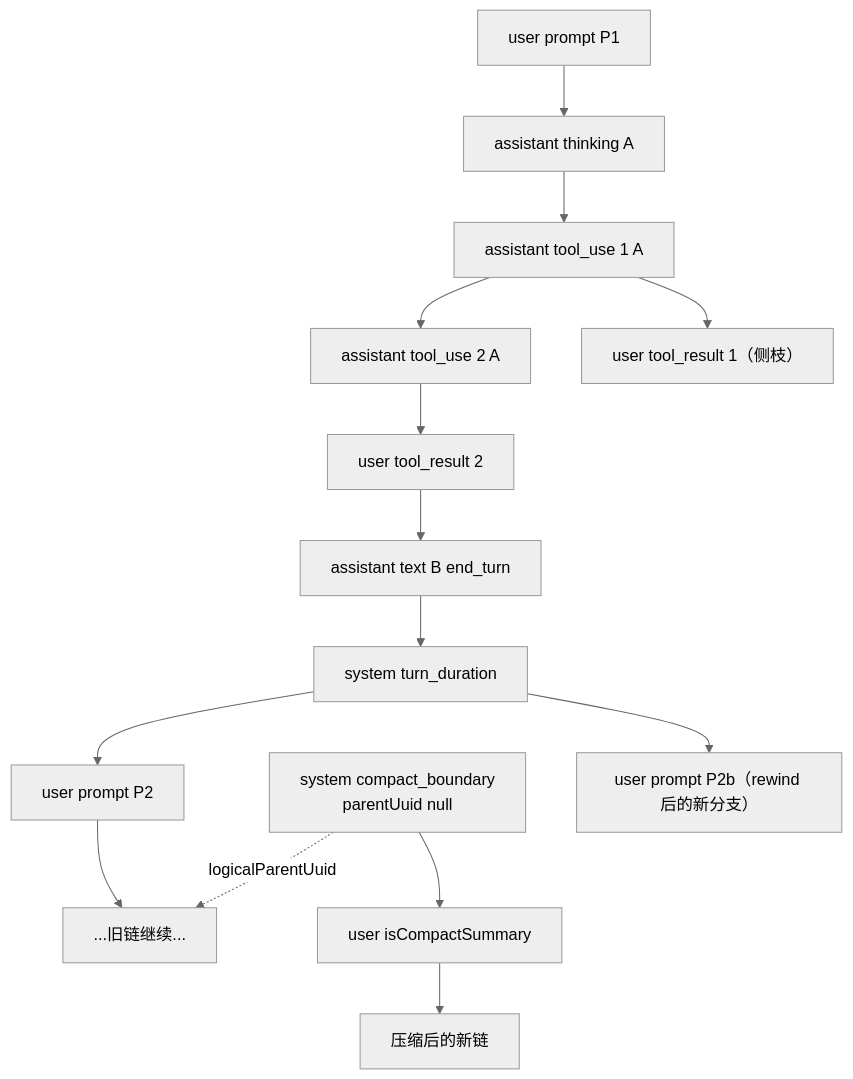
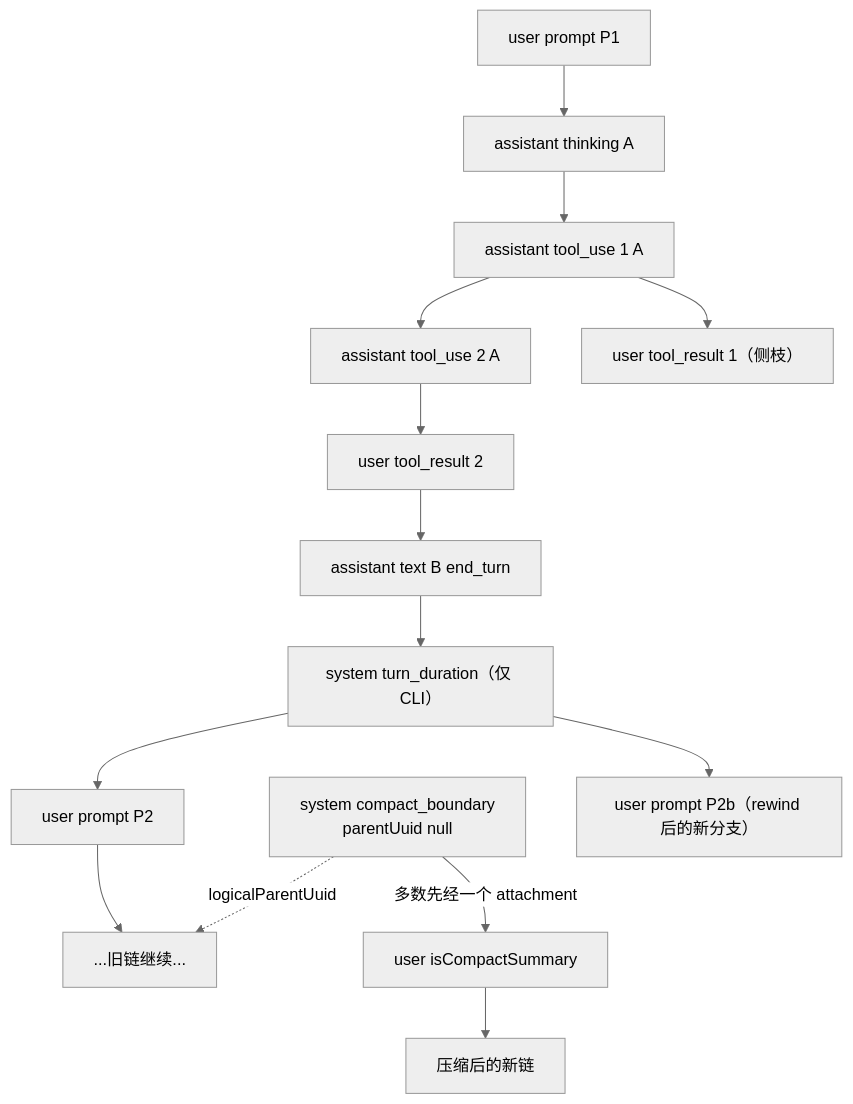
Before and after one commit to Orbit-Labs-AI/Orbit-Zhiyin: the fourth of 4 diagrams in docs/research/agent-sessions/claude-code.md, drawn with Mermaid (neutral theme). The commit also changed other lines of this file, not shown here.

````diff
--- a/docs/research/agent-sessions/claude-code.md
+++ b/docs/research/agent-sessions/claude-code.md
@@ -532,16 +532,16 @@
 ```mermaid
 flowchart TD
     U1["user prompt P1"] --> T1["assistant thinking A"]
     T1 --> X1["assistant tool_use 1 A"]
     X1 --> X2["assistant tool_use 2 A"]
     X1 --> R1["user tool_result 1（侧枝）"]
     X2 --> R2["user tool_result 2"]
     R2 --> B1["assistant text B end_turn"]
-    B1 --> D1["system turn_duration"]
+    B1 --> D1["system turn_duration（仅 CLI）"]
     D1 --> U2["user prompt P2"]
     U2 --> L1["...旧链继续..."]
     CB["system compact_boundary<br/>parentUuid null"] -.->|"logicalParentUuid"| L1
-    CB --> CS["user isCompactSummary"]
+    CB -->|"多数先经一个 attachment"| CS["user isCompactSummary"]
     CS --> N1["压缩后的新链"]
     D1 --> U3["user prompt P2b（rewind 后的新分支）"]
 ```
````
